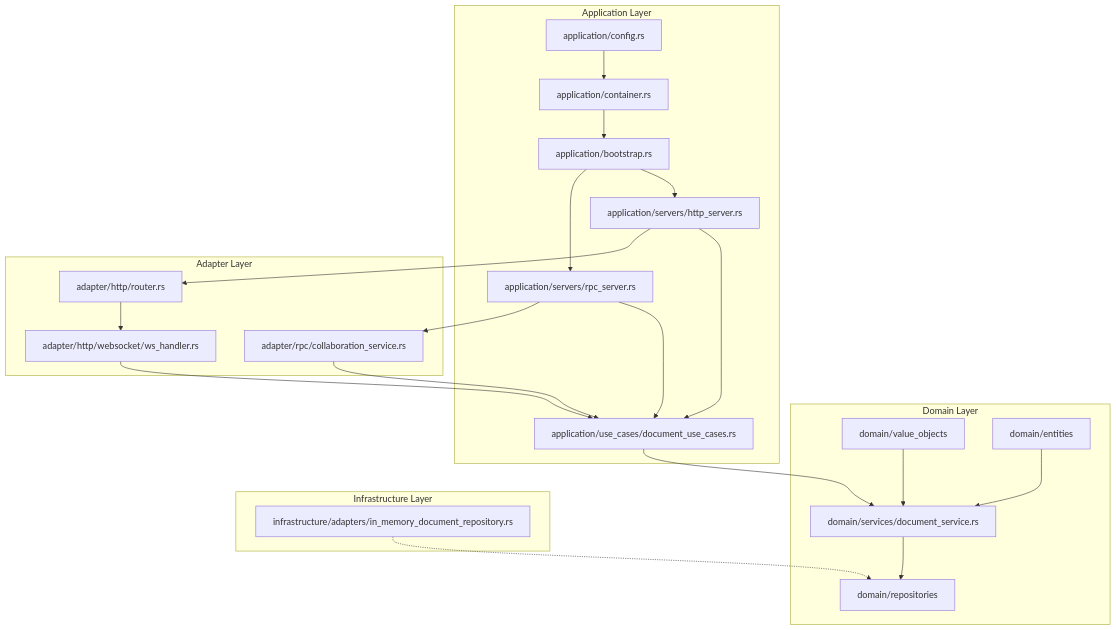
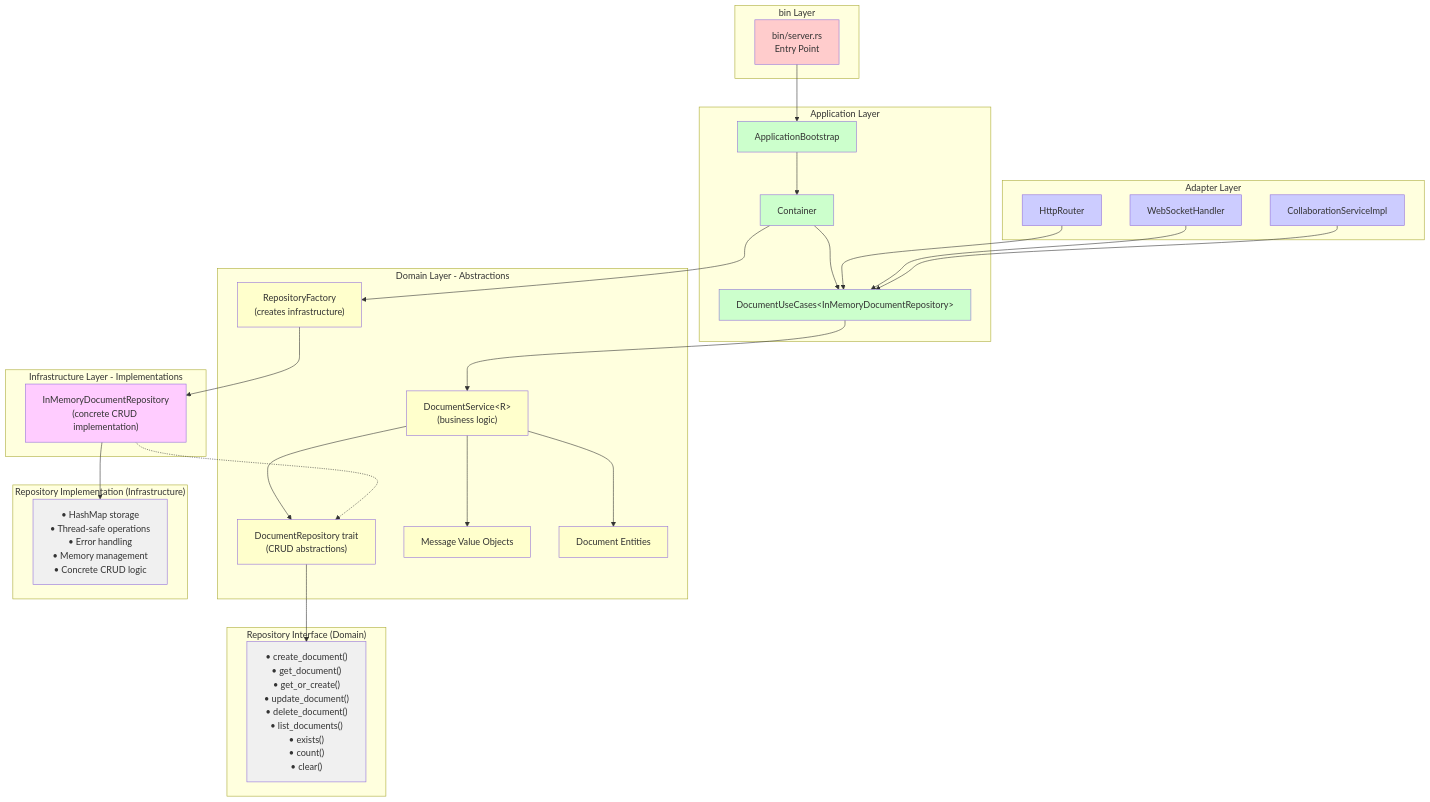
One commit to Wenrh2004/yjs-collaboration-server changed the first of 5 diagrams in README.md. Above: the diagram before and after it, drawn with Mermaid. The commit also changed 21 other files, not shown here.

Commit message:
feat✨: enhance application bootstrap and configuration management with detailed documentation and improved error handling

````diff
--- a/README.md
+++ b/README.md
@@ -96,44 +100,75 @@
 ```mermaid
 graph TD
-  subgraph "Domain Layer"
-    DSvc["domain/services/document_service.rs"]
-    VOs["domain/value_objects"]
-    Entities["domain/entities"]
-    ReposIface["domain/repositories"]
-    Entities --> DSvc
-    VOs --> DSvc
-    DSvc --> ReposIface
-  end
-
-  subgraph "Application Layer"
-    Config["application/config.rs"]
-    Container["application/container.rs"]
-    Bootstrap["application/bootstrap.rs"]
-    DocUseCases["application/use_cases/document_use_cases.rs"]
-    HttpServer["application/servers/http_server.rs"]
-    RpcServer["application/servers/rpc_server.rs"]
-    Config --> Container
-    Container --> Bootstrap
-    Bootstrap --> HttpServer
-    Bootstrap --> RpcServer
-    HttpServer --> DocUseCases
-    RpcServer --> DocUseCases
-    DocUseCases --> DSvc
-  end
-
-  subgraph "Infrastructure Layer"
-    InMemRepo["infrastructure/adapters/in_memory_document_repository.rs"]
-    InMemRepo -.-> ReposIface
-  end
-
-  subgraph "Adapter Layer"
-    HttpAdapter["adapter/http/router.rs"]
-    WSHandler["adapter/http/websocket/ws_handler.rs"]
-    GrpcService["adapter/rpc/collaboration_service.rs"]
-    HttpServer --> HttpAdapter
-    HttpAdapter --> WSHandler
-    WSHandler --> DocUseCases
-    RpcServer --> GrpcService
-    GrpcService --> DocUseCases
-  end
+    subgraph "bin Layer"
+        Server["bin/server.rs<br/>Entry Point"]
+    end
+    
+    subgraph "Application Layer"
+        Bootstrap["ApplicationBootstrap"]
+        Container["Container"]
+        UseCases["DocumentUseCases&lt;InMemoryDocumentRepository&gt;"]
+    end
+    
+    subgraph "Adapter Layer"
+        HttpRouter["HttpRouter"]
+        WSHandler["WebSocketHandler"]
+        GrpcService["CollaborationServiceImpl"]
+    end
+    
+    subgraph "Domain Layer - Abstractions"
+        Factory["RepositoryFactory<br/>(creates infrastructure)"]
+        RepoTrait["DocumentRepository trait<br/>(CRUD abstractions)"]
+        DocService["DocumentService&lt;R&gt;<br/>(business logic)"]
+        Messages["Message Value Objects"]
+        Entities["Document Entities"]
+    end
+    
+    subgraph "Infrastructure Layer - Implementations"
+        InMemRepo["InMemoryDocumentRepository<br/>(concrete CRUD implementation)"]
+    end
+    
+    %% Dependencies
+    Server --> Bootstrap
+    Bootstrap --> Container
+    Container --> Factory
+    Container --> UseCases
+    
+    HttpRouter --> UseCases
+    WSHandler --> UseCases
+    GrpcService --> UseCases
+    
+    UseCases --> DocService
+    DocService --> RepoTrait
+    DocService --> Messages
+    DocService --> Entities
+    
+    Factory --> InMemRepo
+    InMemRepo -.-> RepoTrait
+    
+    %% Repository Methods
+    subgraph "Repository Interface (Domain)"
+        RepoMethods["• create_document()<br/>• get_document()<br/>• get_or_create()<br/>• update_document()<br/>• delete_document()<br/>• list_documents()<br/>• exists()<br/>• count()<br/>• clear()"]
+    end
+    
+    subgraph "Repository Implementation (Infrastructure)"
+        ImplMethods["• HashMap storage<br/>• Thread-safe operations<br/>• Error handling<br/>• Memory management<br/>• Concrete CRUD logic"]
+    end
+    
+    RepoTrait --> RepoMethods
+    InMemRepo --> ImplMethods
+    
+    %% Styling
+    classDef binLayer fill:#ffcccc
+    classDef appLayer fill:#ccffcc  
+    classDef adapterLayer fill:#ccccff
+    classDef domainLayer fill:#ffffcc
+    classDef infraLayer fill:#ffccff
+    classDef methods fill:#f0f0f0
+    
+    class Server binLayer
+    class Bootstrap,Container,UseCases appLayer
+    class HttpRouter,WSHandler,GrpcService adapterLayer
+    class Factory,RepoTrait,DocService,Messages,Entities domainLayer
+    class InMemRepo infraLayer
+    class RepoMethods,ImplMethods methods
 ```
````
